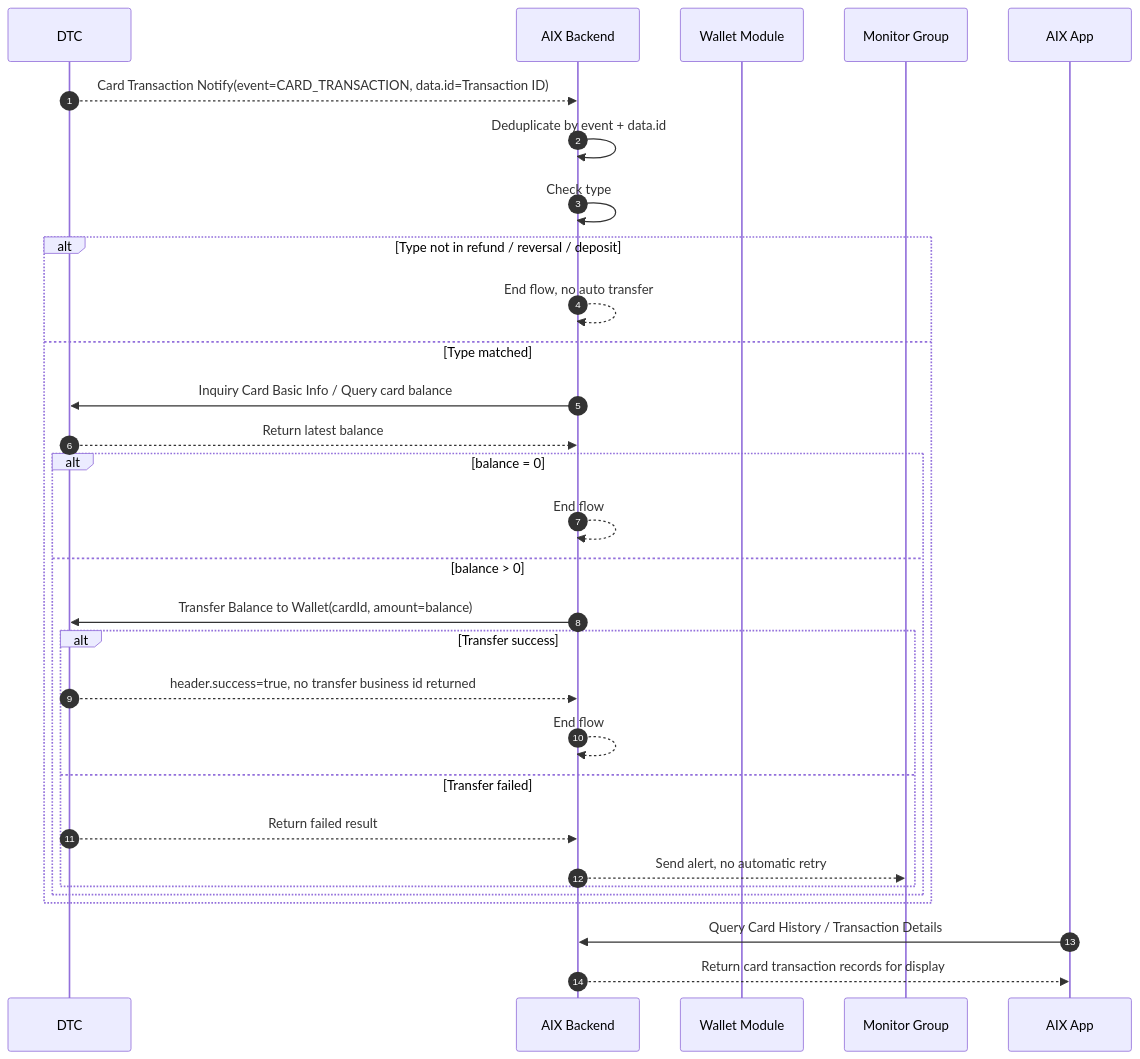
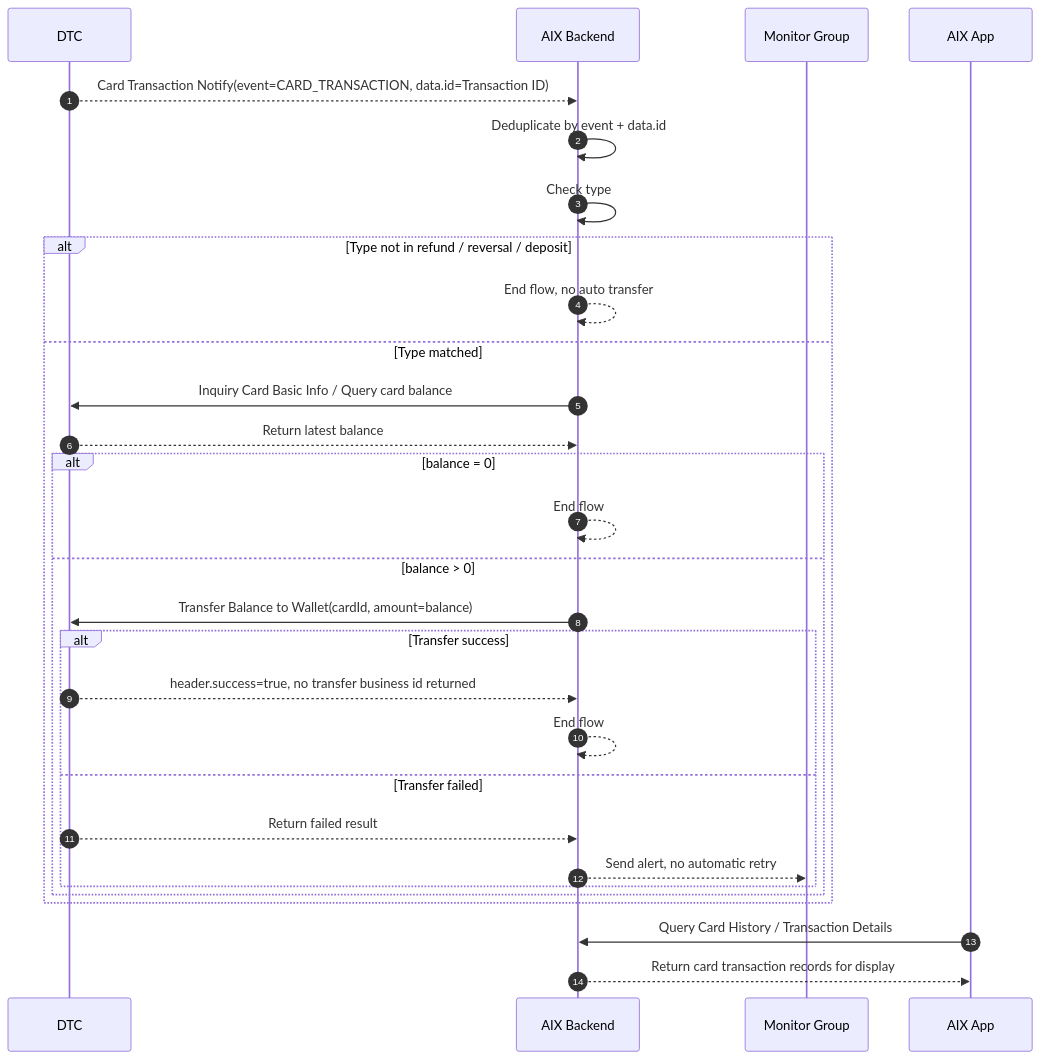
The diagram in knowledge-base/card/card-transaction-flow.md (kelvin381539960-cyber/prd-for-ai), drawn with Mermaid before and after one commit. The commit also changed other lines of this file, not shown here.

Commit message:
Update card transaction flow to ALL-GAP references

````diff
--- a/knowledge-base/card/card-transaction-flow.md
+++ b/knowledge-base/card/card-transaction-flow.md
@@ -66,34 +69,33 @@
 ```mermaid
 sequenceDiagram
     autonumber
     participant DTC as DTC
     participant AIX as AIX Backend
-    participant Wallet as Wallet Module
     participant Monitor as Monitor Group
     participant UI as AIX App
 
     DTC-->>AIX: Card Transaction Notify(event=CARD_TRANSACTION, data.id=Transaction ID)
     AIX->>AIX: Deduplicate by event + data.id
     AIX->>AIX: Check type
     alt Type not in refund / reversal / deposit
         AIX-->>AIX: End flow, no auto transfer
     else Type matched
         AIX->>DTC: Inquiry Card Basic Info / Query card balance
         DTC-->>AIX: Return latest balance
         alt balance = 0
             AIX-->>AIX: End flow
         else balance > 0
             AIX->>DTC: Transfer Balance to Wallet(cardId, amount=balance)
             alt Transfer success
                 DTC-->>AIX: header.success=true, no transfer business id returned
                 AIX-->>AIX: End flow
             else Transfer failed
                 DTC-->>AIX: Return failed result
                 AIX-->>Monitor: Send alert, no automatic retry
             end
         end
     end
 
     UI->>AIX: Query Card History / Transaction Details
     AIX-->>UI: Return card transaction records for display
 ```
````
